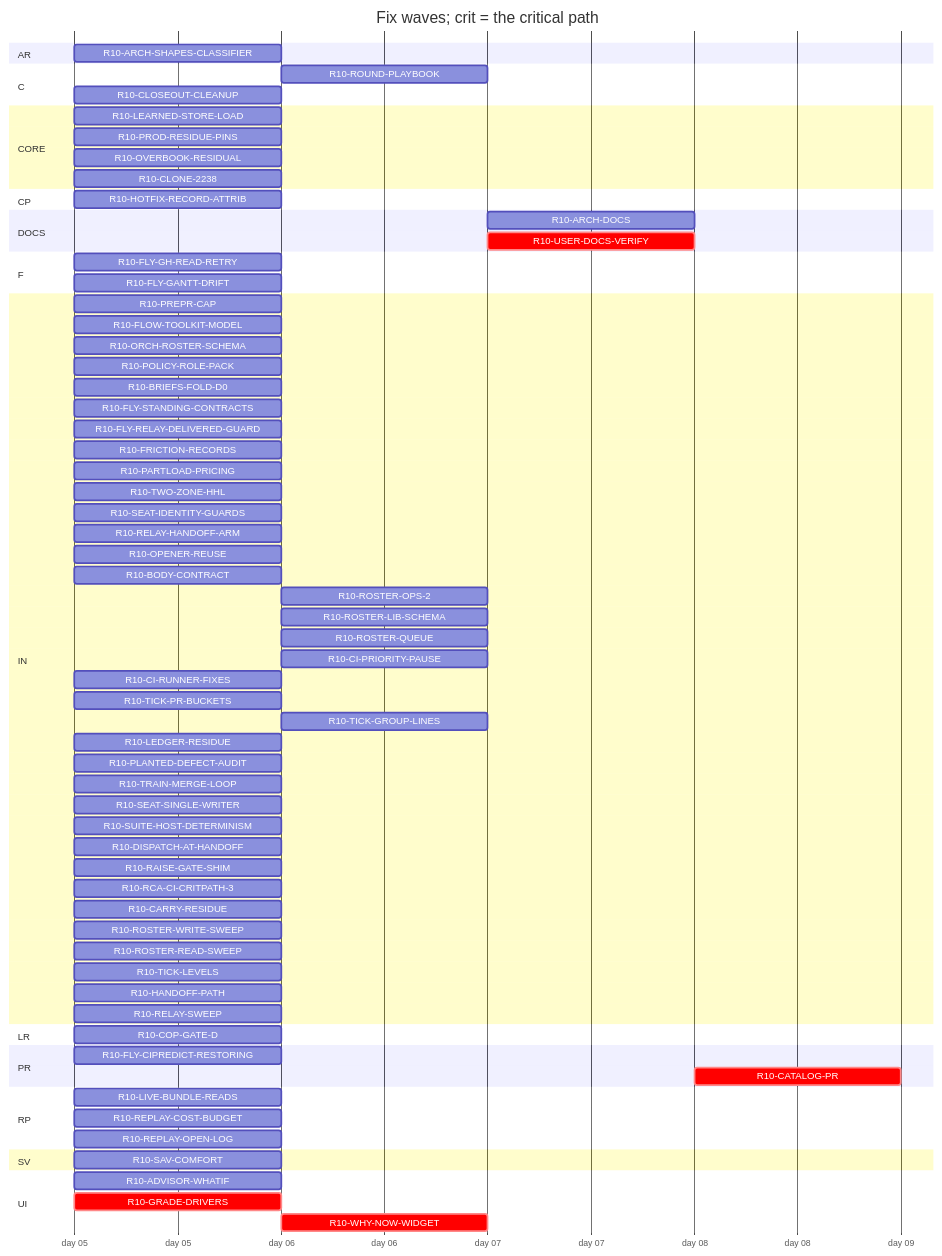
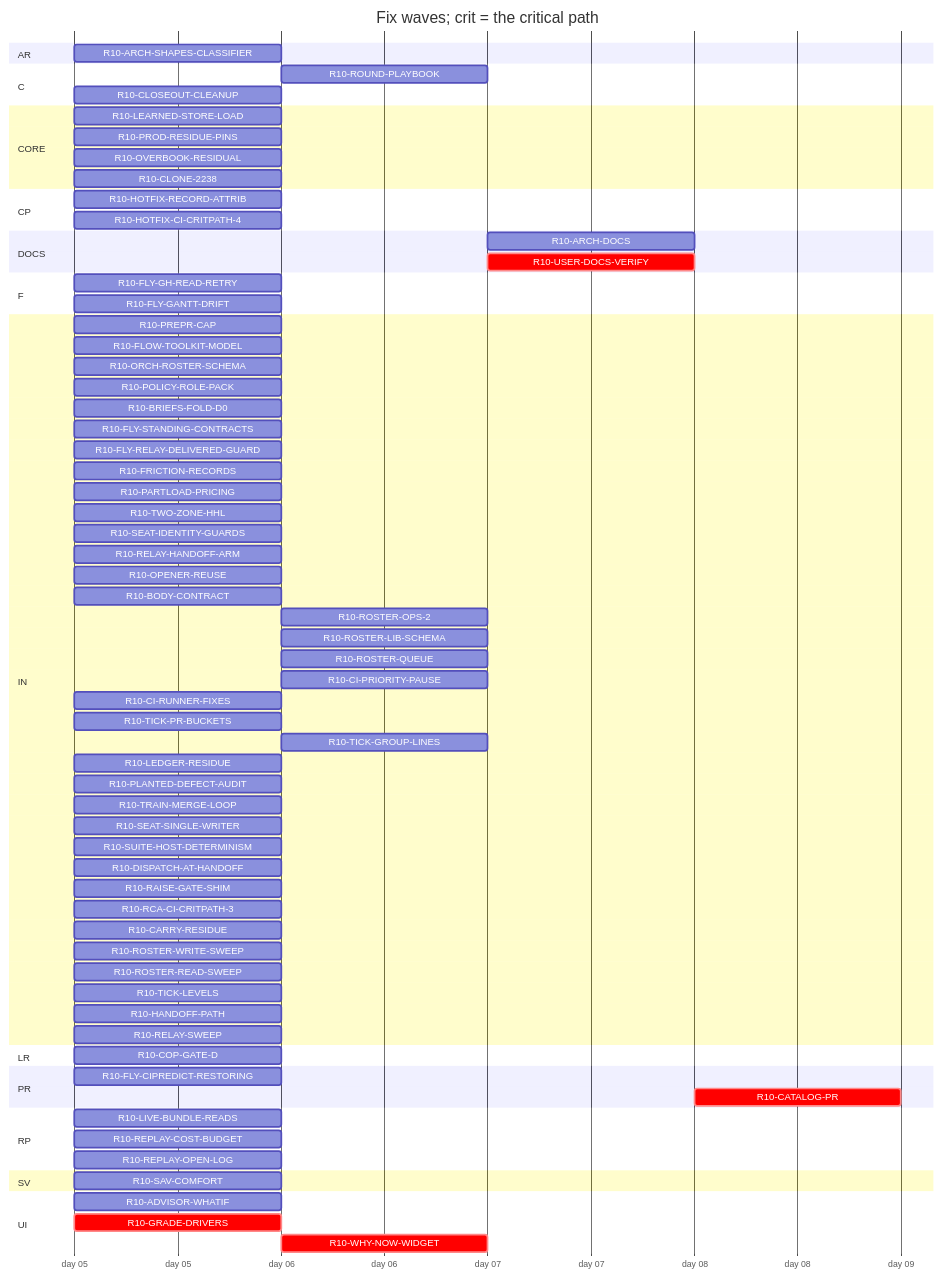
The diagram in handoff/round10/state/PLAN-TABLE.md (tvofi/heatpump_optimizer), drawn with Mermaid before and after one commit. The commit also changed other lines of this file and 4 other files, not shown here.

Commit message:
state: FLOW-BOARD.md, NEXT-SESSION-PROMPT.md, PLAN-TABLE.md, PLAN.html, RESUME-CURRENT.md regenerated (state_docs.py)

````diff
--- a/handoff/round10/state/PLAN-TABLE.md
+++ b/handoff/round10/state/PLAN-TABLE.md
@@ -25,75 +25,76 @@
 ```mermaid
 gantt
   title Fix waves; crit = the critical path
   dateFormat YYYY-MM-DD
   axisFormat day %d
   section AR
     R10-ARCH-SHAPES-CLASSIFIER :r10ARCHSHAPESCLASSIFIER, 2026-01-05, 1d
   section C
     R10-ROUND-PLAYBOOK :r10ROUNDPLAYBOOK, after r10PREPRCAP r10HANDOFFPATH r10RELAYSWEEP r10TRAINMERGELOOP r10DISPATCHATHANDOFF r10BODYCONTRACT r10TICKLEVELS r10CIPRIORITYPAUSE r10ROSTERWRITESWEEP r10ROSTERREADSWEEP r10FLYSTANDINGCONTRACTS r10POLICYROLEPACK r10FRICTIONRECORDS r10FLOWTOOLKITMODEL r10SEATIDENTITYGUARDS r10LEDGERRESIDUE r10CIRUNNERFIXES r10FLYCIPREDICTRESTORING r10RAISEGATESHIM r10PLANTEDDEFECTAUDIT r10FLYGHREADRETRY r10SUITEHOSTDETERMINISM, 1d
     R10-CLOSEOUT-CLEANUP :r10CLOSEOUTCLEANUP, 2026-01-05, 1d
   section CORE
     R10-LEARNED-STORE-LOAD :r10LEARNEDSTORELOAD, 2026-01-05, 1d
     R10-PROD-RESIDUE-PINS :r10PRODRESIDUEPINS, 2026-01-05, 1d
     R10-OVERBOOK-RESIDUAL :r10OVERBOOKRESIDUAL, 2026-01-05, 1d
     R10-CLONE-2238 :r10CLONE2238, 2026-01-05, 1d
   section CP
     R10-HOTFIX-RECORD-ATTRIB :r10HOTFIXRECORDATTRIB, 2026-01-05, 1d
+    R10-HOTFIX-CI-CRITPATH-4 :r10HOTFIXCICRITPATH4, 2026-01-05, 1d
   section DOCS
     R10-ARCH-DOCS :r10ARCHDOCS, after r10CARRYRESIDUE r10OVERBOOKRESIDUAL r10CLONE2238 r10SAVCOMFORT r10COPGATED r10GRADEDRIVERS r10WHYNOWWIDGET r10PARTLOADPRICING r10TWOZONEHHL r10ARCHSHAPESCLASSIFIER r10ADVISORWHATIF r10LEARNEDSTORELOAD r10PRODRESIDUEPINS r10LIVEBUNDLEREADS r10REPLAYCOSTBUDGET r10REPLAYOPENLOG r10PREPRCAP r10HANDOFFPATH r10RELAYSWEEP r10TRAINMERGELOOP r10DISPATCHATHANDOFF r10BODYCONTRACT r10TICKLEVELS r10CIPRIORITYPAUSE r10ROSTERWRITESWEEP r10ROSTERREADSWEEP r10FLYSTANDINGCONTRACTS r10POLICYROLEPACK r10FRICTIONRECORDS r10FLOWTOOLKITMODEL r10SEATIDENTITYGUARDS r10LEDGERRESIDUE r10CIRUNNERFIXES r10FLYCIPREDICTRESTORING r10RAISEGATESHIM r10PLANTEDDEFECTAUDIT r10FLYGHREADRETRY r10SUITEHOSTDETERMINISM, 1d
     R10-USER-DOCS-VERIFY :crit, r10USERDOCSVERIFY, after r10CARRYRESIDUE r10OVERBOOKRESIDUAL r10CLONE2238 r10SAVCOMFORT r10COPGATED r10GRADEDRIVERS r10WHYNOWWIDGET r10PARTLOADPRICING r10TWOZONEHHL r10ARCHSHAPESCLASSIFIER r10ADVISORWHATIF r10LEARNEDSTORELOAD r10PRODRESIDUEPINS r10LIVEBUNDLEREADS r10REPLAYCOSTBUDGET r10REPLAYOPENLOG, 1d
   section F
     R10-FLY-GH-READ-RETRY :r10FLYGHREADRETRY, 2026-01-05, 1d
     R10-FLY-GANTT-DRIFT :r10FLYGANTTDRIFT, 2026-01-05, 1d
   section IN
     R10-PREPR-CAP :r10PREPRCAP, 2026-01-05, 1d
     R10-FLOW-TOOLKIT-MODEL :r10FLOWTOOLKITMODEL, 2026-01-05, 1d
     R10-ORCH-ROSTER-SCHEMA :r10ORCHROSTERSCHEMA, 2026-01-05, 1d
     R10-POLICY-ROLE-PACK :r10POLICYROLEPACK, 2026-01-05, 1d
     R10-BRIEFS-FOLD-D0 :r10BRIEFSFOLDD0, 2026-01-05, 1d
     R10-FLY-STANDING-CONTRACTS :r10FLYSTANDINGCONTRACTS, 2026-01-05, 1d
     R10-FLY-RELAY-DELIVERED-GUARD :r10FLYRELAYDELIVEREDGUARD, 2026-01-05, 1d
     R10-FRICTION-RECORDS :r10FRICTIONRECORDS, 2026-01-05, 1d
     R10-PARTLOAD-PRICING :r10PARTLOADPRICING, 2026-01-05, 1d
     R10-TWO-ZONE-HHL :r10TWOZONEHHL, 2026-01-05, 1d
     R10-SEAT-IDENTITY-GUARDS :r10SEATIDENTITYGUARDS, 2026-01-05, 1d
     R10-RELAY-HANDOFF-ARM :r10RELAYHANDOFFARM, 2026-01-05, 1d
     R10-OPENER-REUSE :r10OPENERREUSE, 2026-01-05, 1d
     R10-BODY-CONTRACT :r10BODYCONTRACT, 2026-01-05, 1d
     R10-ROSTER-OPS-2 :r10ROSTEROPS2, after r10ORCHROSTERSCHEMA, 1d
     R10-ROSTER-LIB-SCHEMA :r10ROSTERLIBSCHEMA, after r10ORCHROSTERSCHEMA, 1d
     R10-ROSTER-QUEUE :r10ROSTERQUEUE, after r10ORCHROSTERSCHEMA, 1d
     R10-CI-PRIORITY-PAUSE :r10CIPRIORITYPAUSE, after r10TICKLEVELS, 1d
     R10-CI-RUNNER-FIXES :r10CIRUNNERFIXES, 2026-01-05, 1d
     R10-TICK-PR-BUCKETS :r10TICKPRBUCKETS, 2026-01-05, 1d
     R10-TICK-GROUP-LINES :r10TICKGROUPLINES, after r10ORCHROSTERSCHEMA, 1d
     R10-LEDGER-RESIDUE :r10LEDGERRESIDUE, 2026-01-05, 1d
     R10-PLANTED-DEFECT-AUDIT :r10PLANTEDDEFECTAUDIT, 2026-01-05, 1d
     R10-TRAIN-MERGE-LOOP :r10TRAINMERGELOOP, 2026-01-05, 1d
     R10-SEAT-SINGLE-WRITER :r10SEATSINGLEWRITER, 2026-01-05, 1d
     R10-SUITE-HOST-DETERMINISM :r10SUITEHOSTDETERMINISM, 2026-01-05, 1d
     R10-DISPATCH-AT-HANDOFF :r10DISPATCHATHANDOFF, 2026-01-05, 1d
     R10-RAISE-GATE-SHIM :r10RAISEGATESHIM, 2026-01-05, 1d
     R10-RCA-CI-CRITPATH-3 :r10RCACICRITPATH3, 2026-01-05, 1d
     R10-CARRY-RESIDUE :r10CARRYRESIDUE, 2026-01-05, 1d
     R10-ROSTER-WRITE-SWEEP :r10ROSTERWRITESWEEP, 2026-01-05, 1d
     R10-ROSTER-READ-SWEEP :r10ROSTERREADSWEEP, 2026-01-05, 1d
     R10-TICK-LEVELS :r10TICKLEVELS, 2026-01-05, 1d
     R10-HANDOFF-PATH :r10HANDOFFPATH, 2026-01-05, 1d
     R10-RELAY-SWEEP :r10RELAYSWEEP, 2026-01-05, 1d
   section LR
     R10-COP-GATE-D :r10COPGATED, 2026-01-05, 1d
   section PR
     R10-FLY-CIPREDICT-RESTORING :r10FLYCIPREDICTRESTORING, 2026-01-05, 1d
     R10-CATALOG-PR :crit, r10CATALOGPR, after r10USERDOCSVERIFY r10ARCHDOCS r10ROUNDPLAYBOOK r10CLOSEOUTCLEANUP, 1d
   section RP
     R10-LIVE-BUNDLE-READS :r10LIVEBUNDLEREADS, 2026-01-05, 1d
     R10-REPLAY-COST-BUDGET :r10REPLAYCOSTBUDGET, 2026-01-05, 1d
     R10-REPLAY-OPEN-LOG :r10REPLAYOPENLOG, 2026-01-05, 1d
   section SV
     R10-SAV-COMFORT :r10SAVCOMFORT, 2026-01-05, 1d
   section UI
     R10-ADVISOR-WHATIF :r10ADVISORWHATIF, 2026-01-05, 1d
     R10-GRADE-DRIVERS :crit, r10GRADEDRIVERS, 2026-01-05, 1d
     R10-WHY-NOW-WIDGET :crit, r10WHYNOWWIDGET, after r10GRADEDRIVERS, 1d
 ```
````
